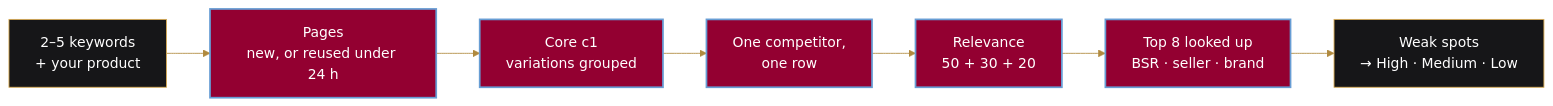
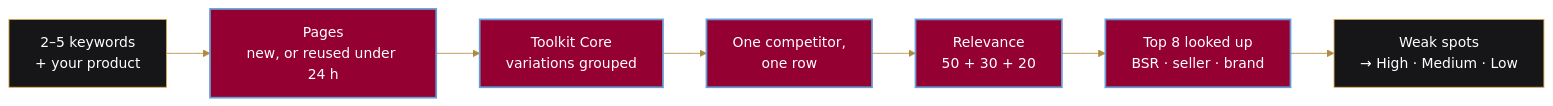
The diagram in i3-competitor-targeting/README.md (Mohib-Ur-Rehman-automation/amazon-toolkit), drawn with Mermaid before and after one commit. The commit also changed other lines of this file and 28 other files, not shown here.

````diff
--- a/i3-competitor-targeting/README.md
+++ b/i3-competitor-targeting/README.md
@@ -37,14 +37,14 @@
 ```mermaid
 %%{init: {'theme':'base','themeVariables':{'fontFamily':'Georgia, serif','lineColor':'#B08A3E','textColor':'#1f2328','edgeLabelBackground':'#f7f5f2'}}}%%
 flowchart LR
   A["2–5 keywords<br/>+ your product"] --> B["Pages<br/>new, or reused under 24 h"]
-  B --> C["Core c1<br/>variations grouped"]
+  B --> C["Toolkit Core<br/>variations grouped"]
   C --> D["One competitor,<br/>one row"]
   D --> E["Relevance<br/>50 + 30 + 20"]
   E --> F["Top 8 looked up<br/>BSR · seller · brand"]
   F --> G["Weak spots<br/>→ High · Medium · Low"]
   classDef step fill:#930031,stroke:#679DD4,stroke-width:2px,color:#ffffff;
   classDef io fill:#161618,stroke:#DAAC53,color:#ffffff;
   class A,G io;
   class B,C,D,E,F step;
 ```
````
